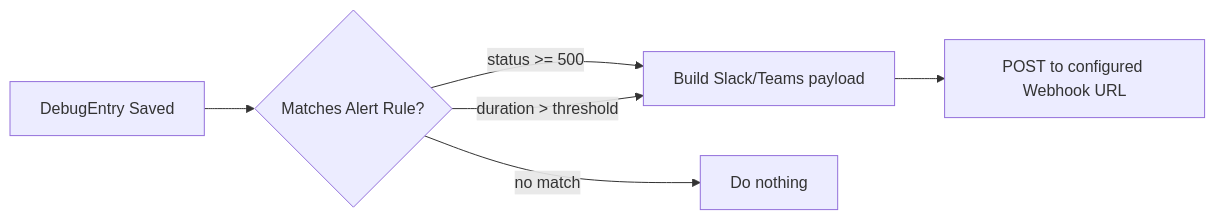
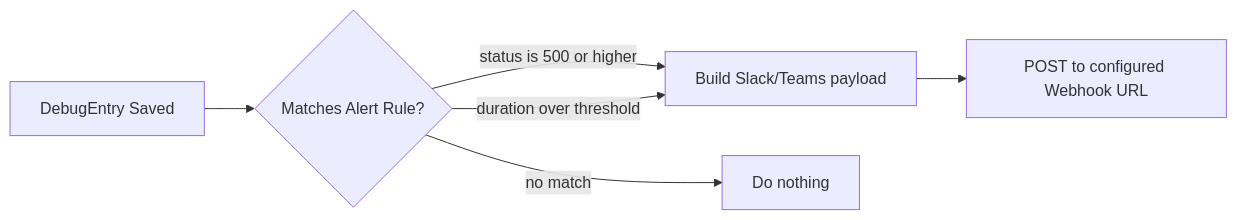
One commit to DevSars24/Debugprobe-blueprint-journey changed the third of 8 diagrams in Additonal-features/features.md. Above: the diagram before and after it, drawn with Mermaid. The commit also changed other lines of this file, not shown here.

````diff
--- a/Additonal-features/features.md
+++ b/Additonal-features/features.md
@@ -82,8 +82,8 @@
 ```mermaid
 flowchart LR
-    A[DebugEntry Saved] --> B{Matches Alert Rule?}
-    B -- status >= 500 --> C[Build Slack/Teams payload]
-    B -- duration > threshold --> C
-    B -- no match --> D[Do nothing]
-    C --> E[POST to configured Webhook URL]
+    A["DebugEntry Saved"] --> B{"Matches Alert Rule?"}
+    B -- "status is 500 or higher" --> C["Build Slack/Teams payload"]
+    B -- "duration over threshold" --> C
+    B -- "no match" --> D["Do nothing"]
+    C --> E["POST to configured Webhook URL"]
 ```
````
